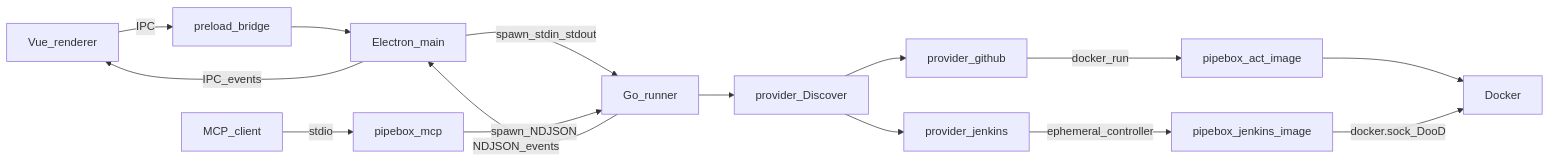
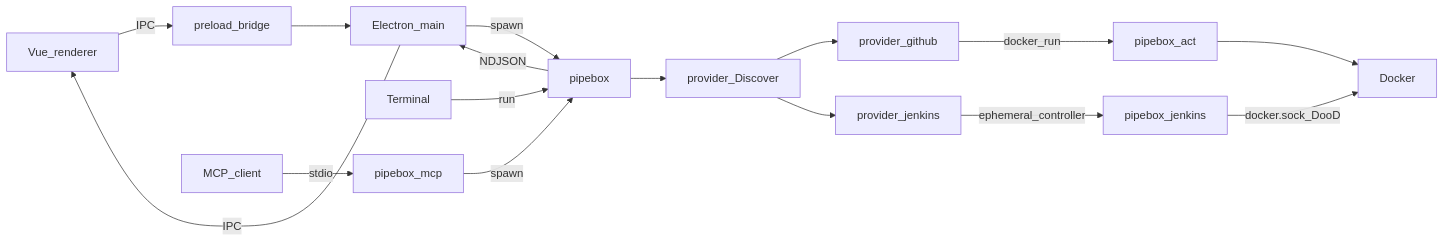
The diagram in AGENTS.md (MaxiGarcia13/pipebox), drawn with Mermaid before and after one commit. The commit also changed 4 other files, not shown here.

First line of the commit message:
docs: Update agent architecture and documentation for PipeBox

````diff
--- a/AGENTS.md
+++ b/AGENTS.md
@@ -9,17 +9,18 @@
 ```mermaid
 flowchart LR
   Vue[Vue_renderer] -->|IPC| Preload[preload_bridge]
   Preload --> Main[Electron_main]
-  Main -->|spawn_stdin_stdout| Runner[Go_runner]
+  Main -->|spawn| Runner[pipebox]
+  Terminal[Terminal] -->|run| Runner
   Agent[MCP_client] -->|stdio| MCP[pipebox_mcp]
-  MCP -->|spawn_NDJSON| Runner
+  MCP -->|spawn| Runner
   Runner --> Discover[provider_Discover]
   Discover --> GH[provider_github]
   Discover --> JK[provider_jenkins]
-  GH -->|docker_run| ActImage[pipebox_act_image]
-  JK -->|ephemeral_controller| JenkinsImage[pipebox_jenkins_image]
-  ActImage --> Docker[Docker]
-  JenkinsImage -->|docker.sock_DooD| Docker
-  Runner -->|NDJSON_events| Main
-  Main -->|IPC_events| Vue
+  GH -->|docker_run| Act[pipebox_act]
+  JK -->|ephemeral_controller| Jfr[pipebox_jenkins]
+  Act --> Docker[Docker]
+  Jfr -->|docker.sock_DooD| Docker
+  Runner -->|NDJSON| Main
+  Main -->|IPC| Vue
 ```
````
